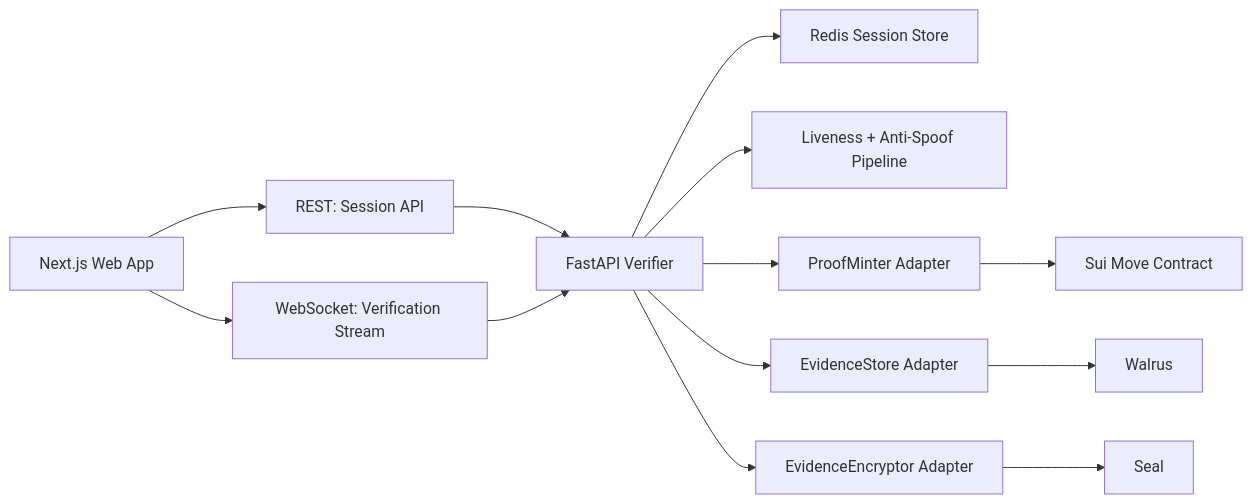
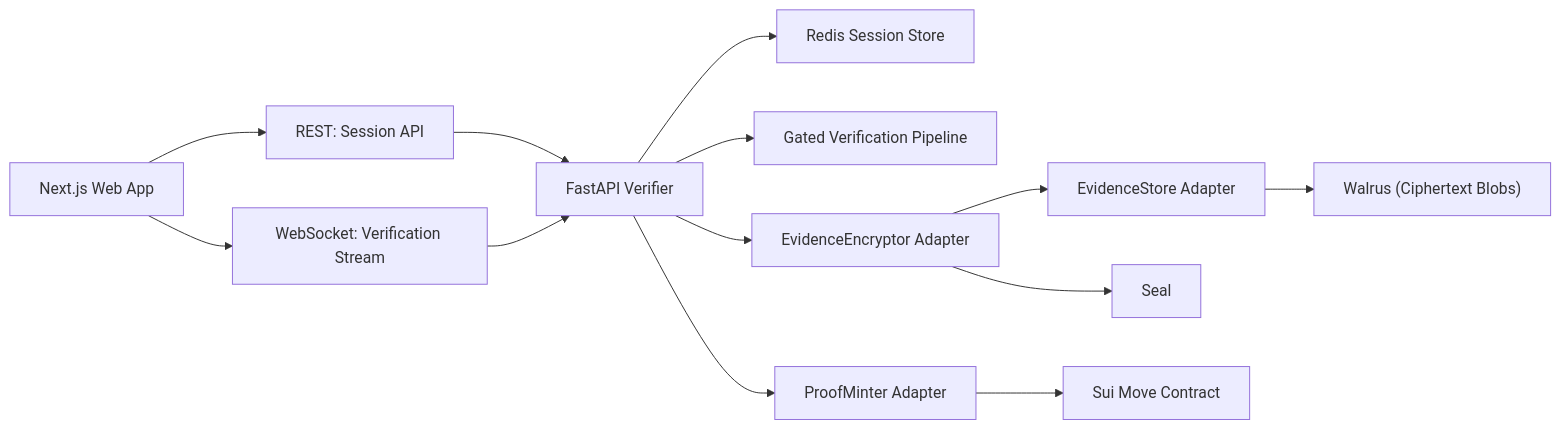
The first of 2 diagrams in docs/02-system-architecture.md (skadi2910/sui-liveness-detection), drawn with Mermaid before and after one commit. The commit also changed other lines of this file and 20 other files, not shown here.

````diff
--- a/docs/02-system-architecture.md
+++ b/docs/02-system-architecture.md
@@ -37,15 +37,15 @@
 ```mermaid
 flowchart LR
   A["Next.js Web App"] --> B["REST: Session API"]
   A --> C["WebSocket: Verification Stream"]
   B --> D["FastAPI Verifier"]
   C --> D
   D --> E["Redis Session Store"]
-  D --> F["Liveness + Anti-Spoof Pipeline"]
+  D --> F["Gated Verification Pipeline"]
+  D --> I["EvidenceEncryptor Adapter"]
+  I --> H["EvidenceStore Adapter"]
+  H --> K["Walrus (Ciphertext Blobs)"]
   D --> G["ProofMinter Adapter"]
-  D --> H["EvidenceStore Adapter"]
-  D --> I["EvidenceEncryptor Adapter"]
   G --> J["Sui Move Contract"]
-  H --> K["Walrus"]
   I --> L["Seal"]
 ```
````
